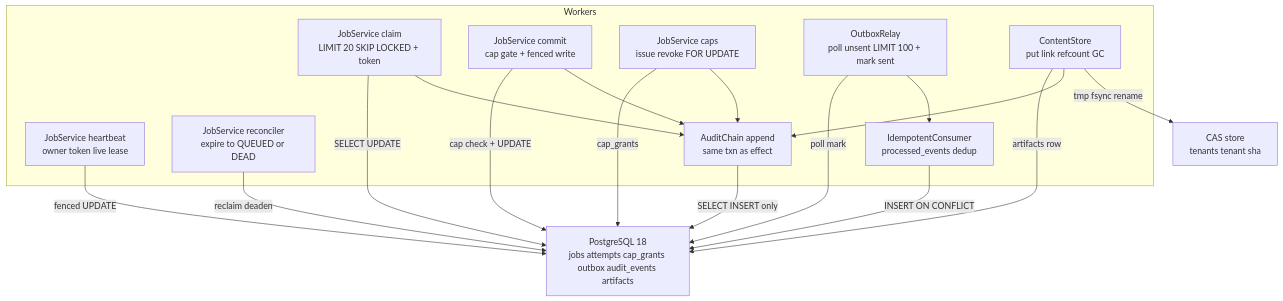
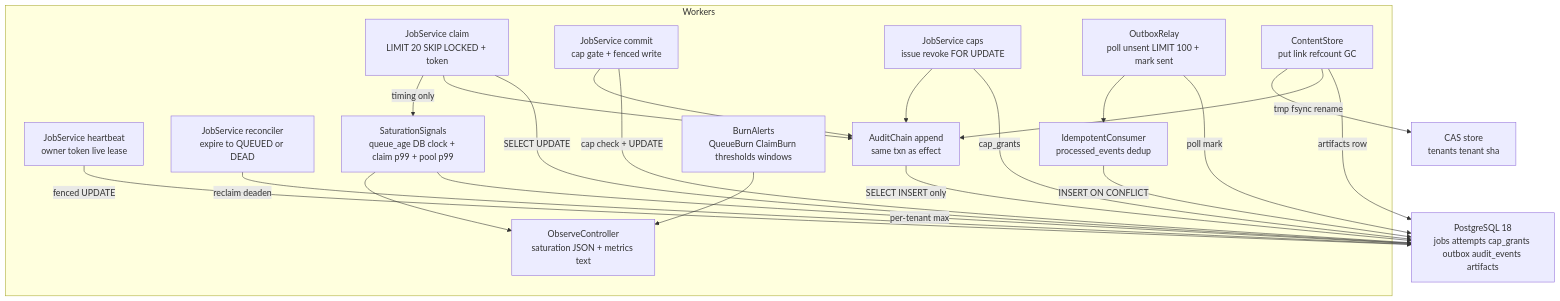
Before and after one commit to G1DO/anvil: the diagram in docs/architecture/c3-workers.mmd, drawn with Mermaid. The commit also changed 14 other files, not shown here.

Commit message:
Add saturation signals with burn alert (#33)

```diff
--- a/docs/architecture/c3-workers.mmd
+++ b/docs/architecture/c3-workers.mmd
@@ -1,29 +1,36 @@
 flowchart TB
     subgraph workers["Workers"]
         claim["JobService claim<br/>LIMIT 20 SKIP LOCKED + token"]
         beat["JobService heartbeat<br/>owner token live lease"]
         commit["JobService commit<br/>cap gate + fenced write"]
         recon["JobService reconciler<br/>expire to QUEUED or DEAD"]
         cap["JobService caps<br/>issue revoke FOR UPDATE"]
         relay["OutboxRelay<br/>poll unsent LIMIT 100 + mark sent"]
         consumer["IdempotentConsumer<br/>processed_events dedup"]
         chain["AuditChain append<br/>same txn as effect"]
         store["ContentStore<br/>put link refcount GC"]
+        signals["SaturationSignals<br/>queue_age DB clock + claim p99 + pool p99"]
+        alerts["BurnAlerts<br/>QueueBurn ClaimBurn thresholds windows"]
+        observe["ObserveController<br/>saturation JSON + metrics text"]
     end
     pg["PostgreSQL 18<br/>jobs attempts cap_grants outbox audit_events artifacts"]
     cas["CAS store<br/>tenants tenant sha"]
     claim -->|SELECT UPDATE| pg
     beat -->|fenced UPDATE| pg
     commit -->|cap check + UPDATE| pg
     recon -->|reclaim deaden| pg
     cap -->|cap_grants| pg
     relay -->|poll mark| pg
     consumer -->|INSERT ON CONFLICT| pg
     chain -->|SELECT INSERT only| pg
     store -->|artifacts row| pg
     claim --> chain
     commit --> chain
     cap --> chain
     store --> chain
     store -->|tmp fsync rename| cas
     relay --> consumer
+    signals -->|per-tenant max| pg
+    claim -->|timing only| signals
+    signals --> observe
+    alerts --> observe
```
